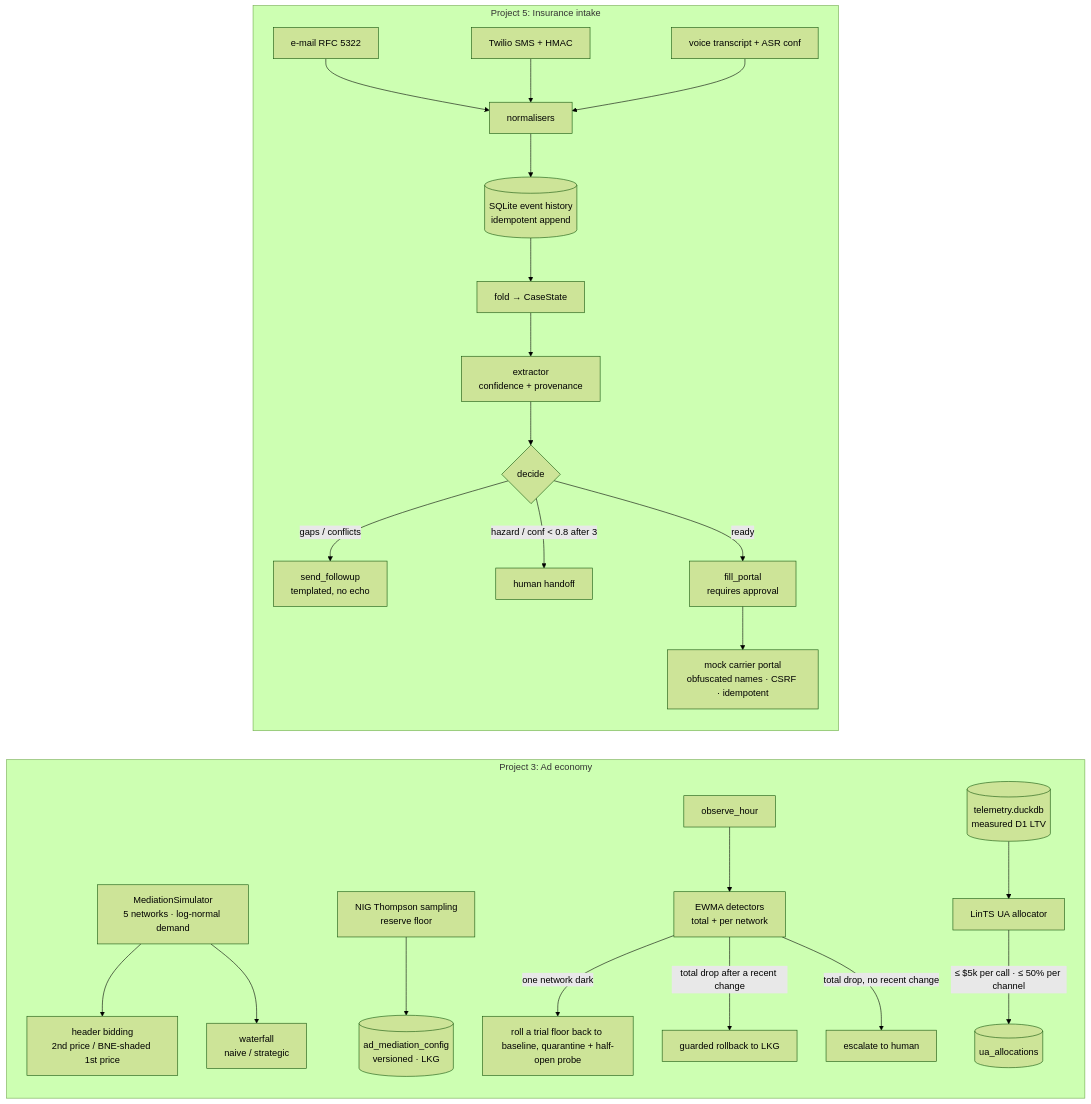
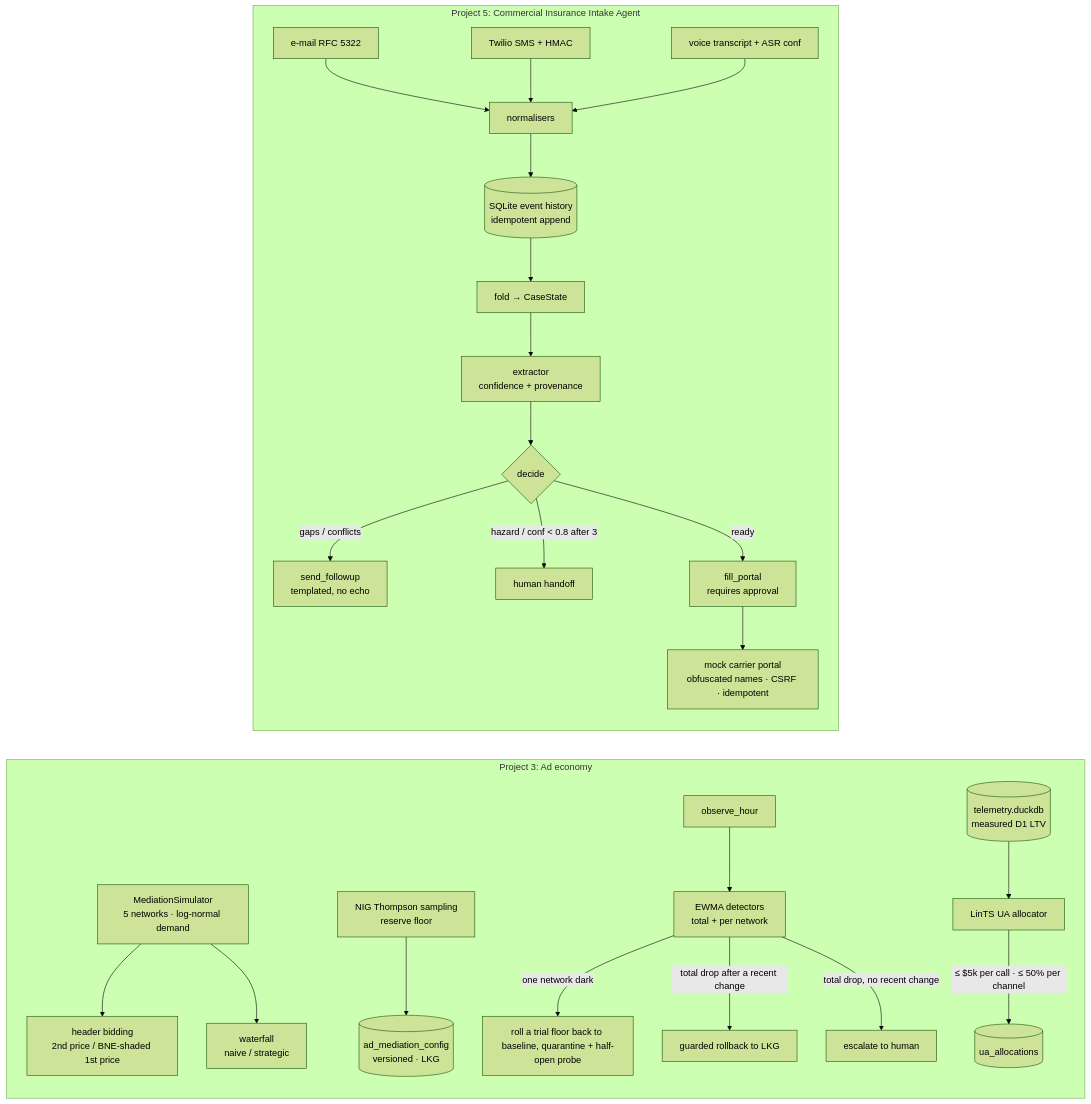
One commit to akshitsubudhi/wordforge-agents changed the third of 3 diagrams in docs/ARCHITECTURE.md. Above: the diagram before and after it, drawn with Mermaid (forest theme). The commit also changed other lines of this file and 12 other files, not shown here.

First line of the commit message:
Display name: Commercial Insurance Intake Agent

````diff
--- a/docs/ARCHITECTURE.md
+++ b/docs/ARCHITECTURE.md
@@ -251,27 +251,27 @@
 ```mermaid
 flowchart LR
     subgraph Ads["Project 3: Ad economy"]
         SIM[MediationSimulator<br/>5 networks · log-normal demand] --> HB[header bidding<br/>2nd price / BNE-shaded 1st price]
         SIM --> WF[waterfall<br/>naive / strategic]
         TS[NIG Thompson sampling<br/>reserve floor] --> CFG[(ad_mediation_config<br/>versioned · LKG)]
         OBS[observe_hour] --> DET[EWMA detectors<br/>total + per network]
         DET -->|one network dark| Q[roll a trial floor back to baseline, quarantine + half-open probe]
         DET -->|total drop after a recent change| RB[guarded rollback to LKG]
         DET -->|total drop, no recent change| ESC[escalate to human]
         LTV[(telemetry.duckdb<br/>measured D1 LTV)] --> UA[LinTS UA allocator]
         UA -->|≤ $5k per call · ≤ 50% per channel| ALLOC[(ua_allocations)]
     end
-    subgraph Intake["Project 5: Insurance intake"]
+    subgraph Intake["Project 5: Commercial Insurance Intake Agent"]
         E[e-mail RFC 5322] --> N[normalisers]
         S[Twilio SMS + HMAC] --> N
         V[voice transcript + ASR conf] --> N
         N --> ES[(SQLite event history<br/>idempotent append)]
         ES --> F[fold → CaseState]
         F --> X[extractor<br/>confidence + provenance]
         X --> D{decide}
         D -->|gaps / conflicts| FU[send_followup<br/>templated, no echo]
         D -->|hazard / conf < 0.8 after 3| HO[human handoff]
         D -->|ready| PF[fill_portal<br/>requires approval]
         PF --> P[mock carrier portal<br/>obfuscated names · CSRF · idempotent]
     end
 ```
````
